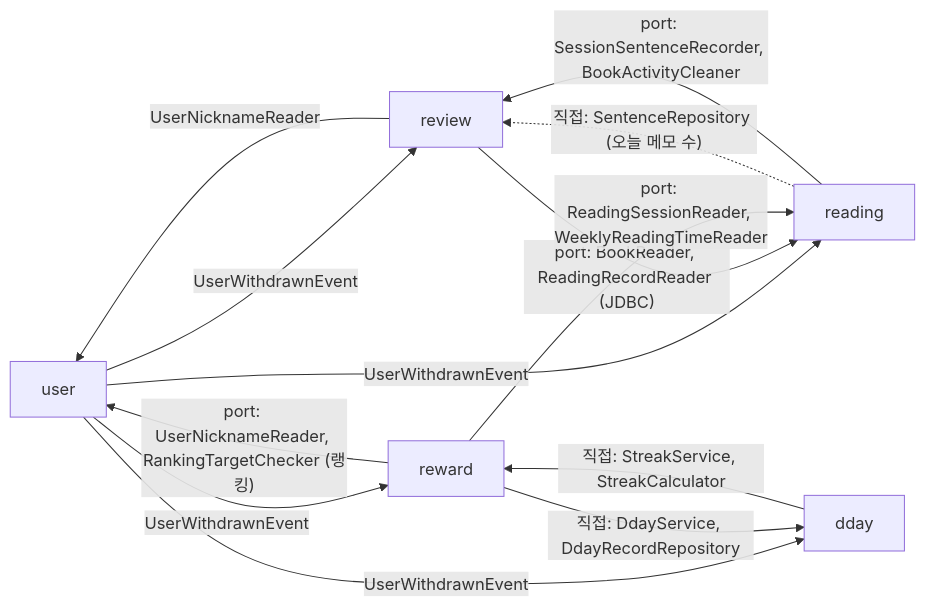
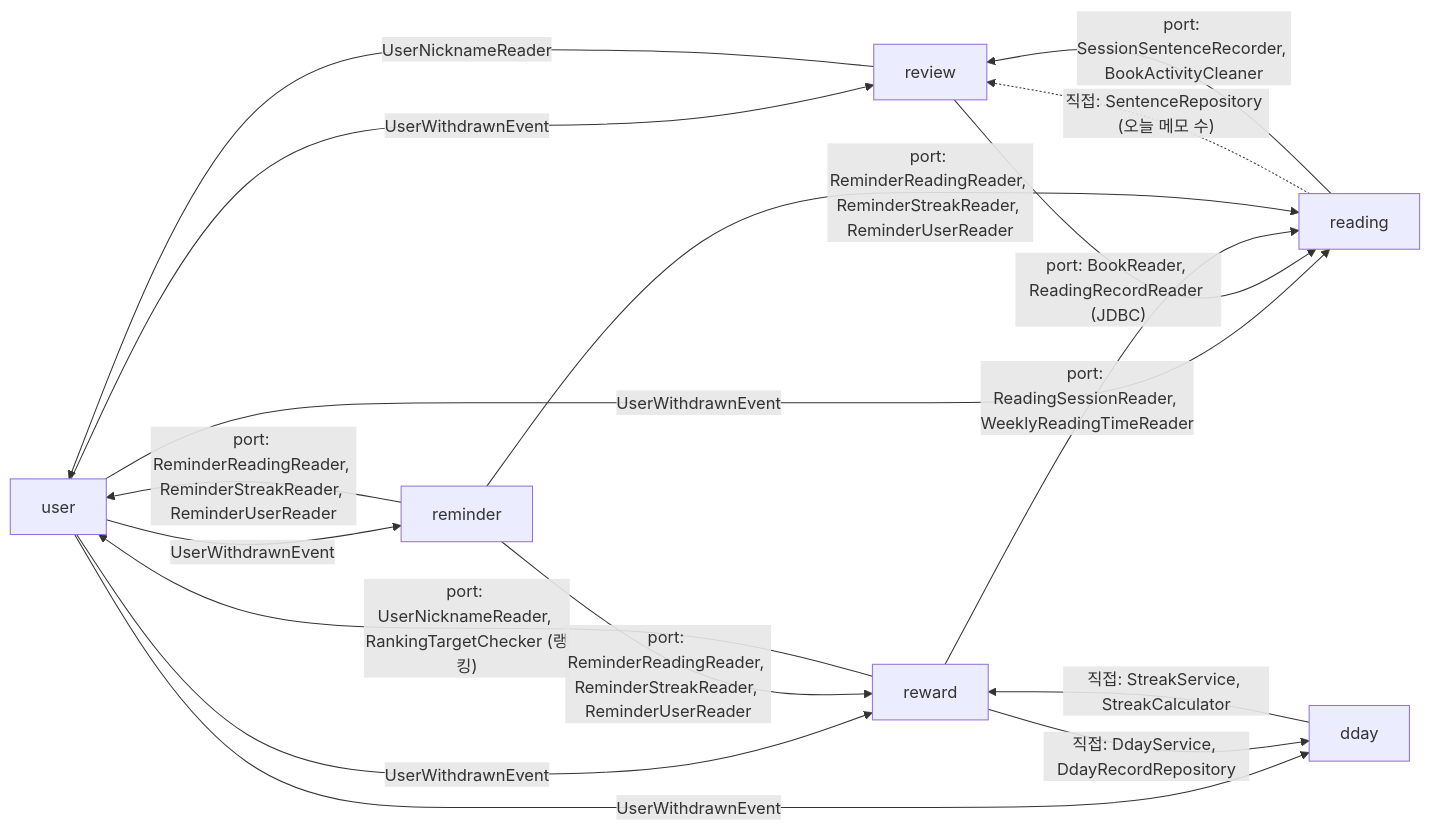
The second of 2 diagrams in docs/architecture.md (soo123123/chaekdami), drawn with Mermaid before and after one commit. The commit also changed other lines of this file and 56 other files, not shown here.

````diff
--- a/docs/architecture.md
+++ b/docs/architecture.md
@@ -48,12 +49,13 @@
 ```mermaid
 flowchart LR
-  user -- "UserWithdrawnEvent" --> review & reward & dday & reading
+  user -- "UserWithdrawnEvent" --> review & reward & dday & reading & reminder
   review -- "port: BookReader, ReadingRecordReader (JDBC)" --> reading
   review -- "UserNicknameReader" --> user
   reward -- "port: ReadingSessionReader, WeeklyReadingTimeReader" --> reading
   reward -- "port: UserNicknameReader, RankingTargetChecker (랭킹)" --> user
   reward -- "직접: DdayService, DdayRecordRepository" --> dday
   dday -- "직접: StreakService, StreakCalculator" --> reward
   reading -. "직접: SentenceRepository (오늘 메모 수)" .-> review
   reading -- "port: SessionSentenceRecorder, BookActivityCleaner" --> review
+  reminder -- "port: ReminderReadingReader, ReminderStreakReader, ReminderUserReader" --> reading & reward & user
 ```
````
